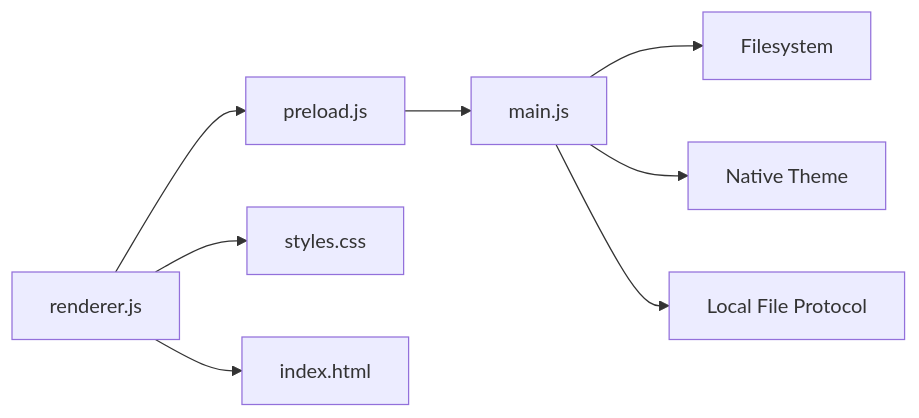
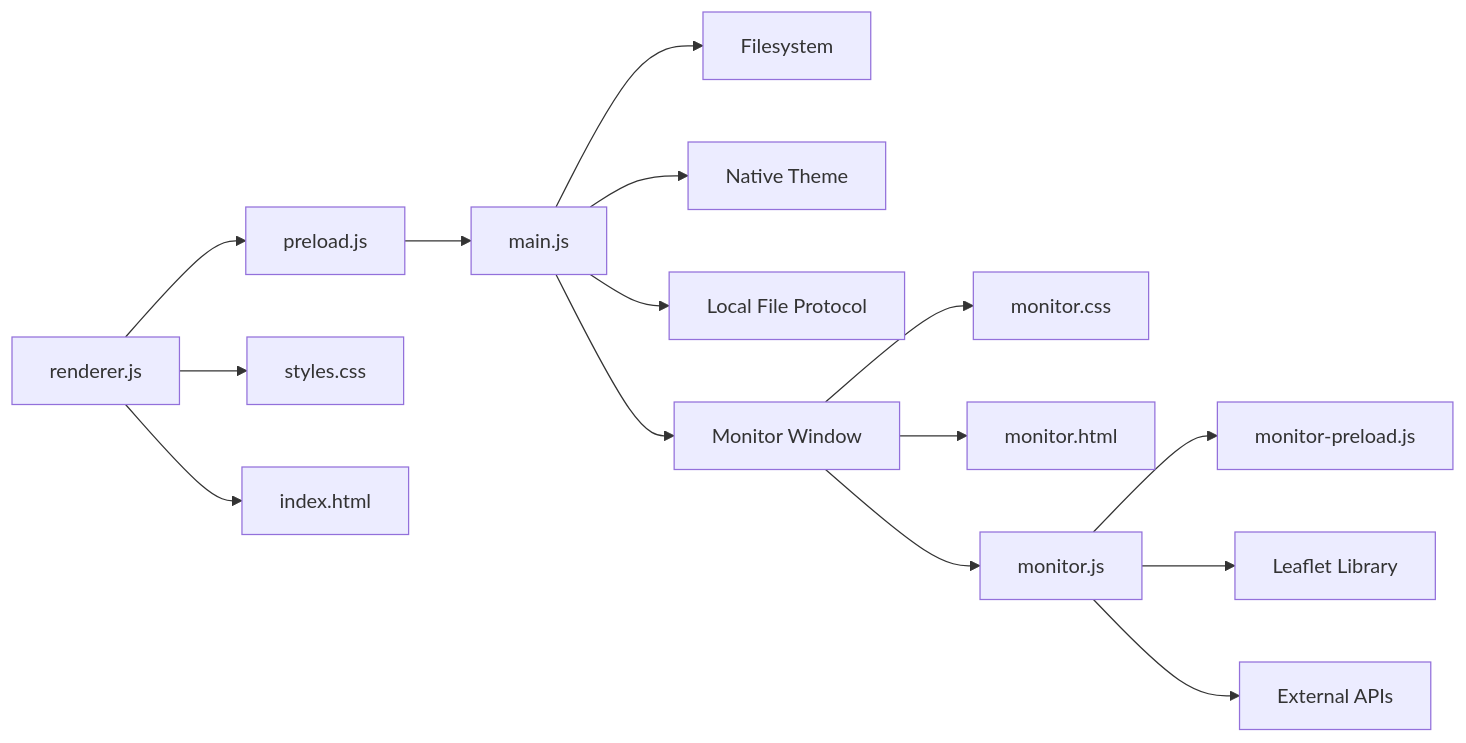
The tenth of 10 diagrams in .qoder/repowiki/en/content/User Interface Components.md (Annguyen0410/Personal-Messenger-Like-Storage-), drawn with Mermaid before and after one commit. The commit also changed other lines of this file and 10 other files, not shown here.

````diff
--- a/.qoder/repowiki/en/content/User Interface Components.md
+++ b/.qoder/repowiki/en/content/User Interface Components.md
@@ -465,10 +641,17 @@
 ```mermaid
 graph LR
 R["renderer.js"] --> PB["preload.js"]
 PB --> M["main.js"]
 M --> FS["Filesystem"]
 R --> CSS["styles.css"]
 R --> HTML["index.html"]
 M --> NT["Native Theme"]
 M --> PF["Local File Protocol"]
+M --> MW["Monitor Window"]
+MW --> MC["monitor.css"]
+MW --> MH["monitor.html"]
+MW --> MJ["monitor.js"]
+MJ --> MP["monitor-preload.js"]
+MJ --> LA["Leaflet Library"]
+MJ --> EA["External APIs"]
 ```
````
